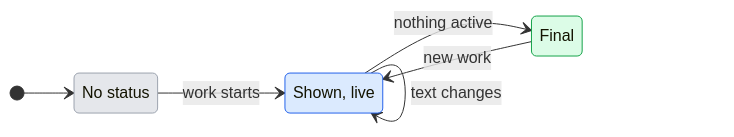
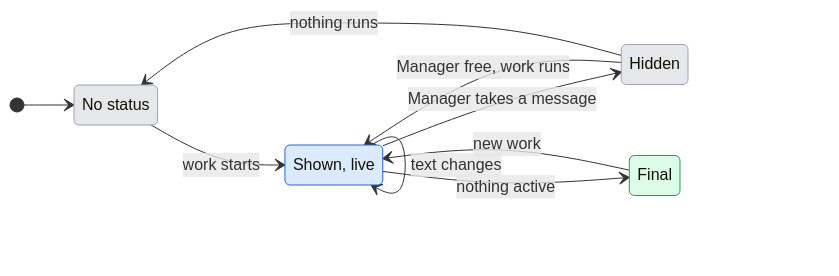
One commit to anetrebskii/geckit changed the diagram in docs/ux/channel-status.md. Above: the diagram before and after it, drawn with Mermaid. The commit also changed other lines of this file and 9 other files, not shown here.

First line of the commit message:
feat(channels): live worker status below Manager's answers

````diff
--- a/docs/ux/channel-status.md
+++ b/docs/ux/channel-status.md
@@ -56,18 +67,23 @@
 ```mermaid
 stateDiagram-v2
   direction LR
   state "No status" as none
   state "Shown, live" as live
+  state "Hidden" as hidden
   state "Final" as final
   [*] --> none
   none --> live: work starts
   live --> live: text changes
+  live --> hidden: Manager takes a message
+  hidden --> live: Manager free, work runs
+  hidden --> none: nothing runs
   live --> final: nothing active
   final --> live: new work
   classDef quiet fill:#e5e7eb,stroke:#9ca3af
   classDef going fill:#dbeafe,stroke:#2563eb
   classDef done fill:#dcfce7,stroke:#16a34a
   class none quiet
+  class hidden quiet
   class live going
   class final done
 ```
````
